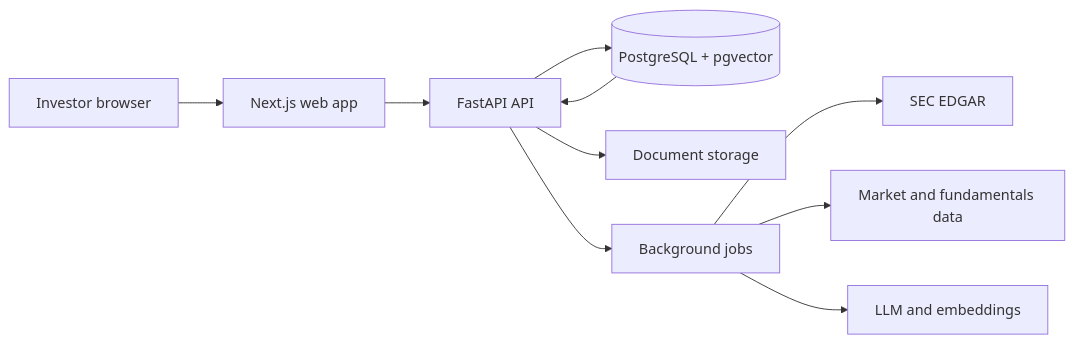
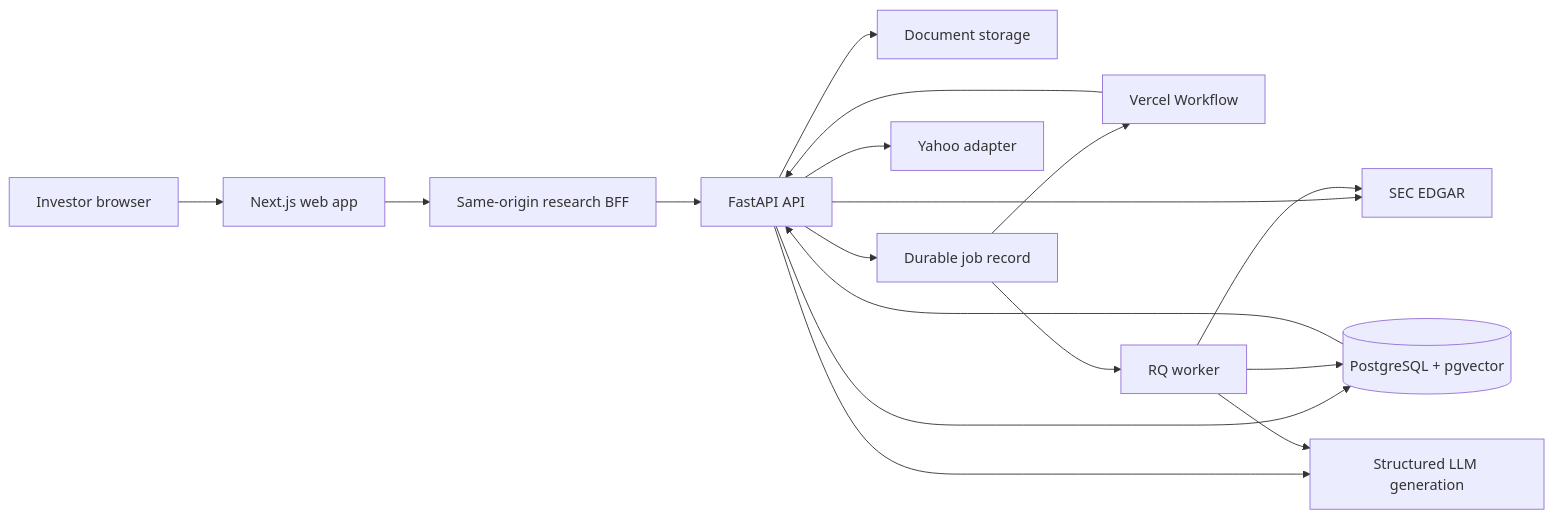
The diagram in README.md (Linon419/equitylens), drawn with Mermaid before and after one commit. The commit also changed other lines of this file and 5 other files, not shown here.

````diff
--- a/README.md
+++ b/README.md
@@ -61,12 +68,19 @@
 ```mermaid
 flowchart LR
     investor["Investor browser"] --> web["Next.js web app"]
-    web --> api["FastAPI API"]
+    web --> bff["Same-origin research BFF"]
+    bff --> api["FastAPI API"]
     api --> db[("PostgreSQL + pgvector")]
     api --> storage["Document storage"]
-    api --> jobs["Background jobs"]
-    jobs --> sec["SEC EDGAR"]
-    jobs --> market["Market and fundamentals data"]
-    jobs --> llm["LLM and embeddings"]
+    api --> jobs["Durable job record"]
+    jobs --> workflow["Vercel Workflow"]
+    jobs --> worker["RQ worker"]
+    workflow --> api
+    api --> sec["SEC EDGAR"]
+    api --> market["Yahoo adapter"]
+    api --> llm["Structured LLM generation"]
+    worker --> sec
+    worker --> llm
+    worker --> db
     db --> api
 ```
````
